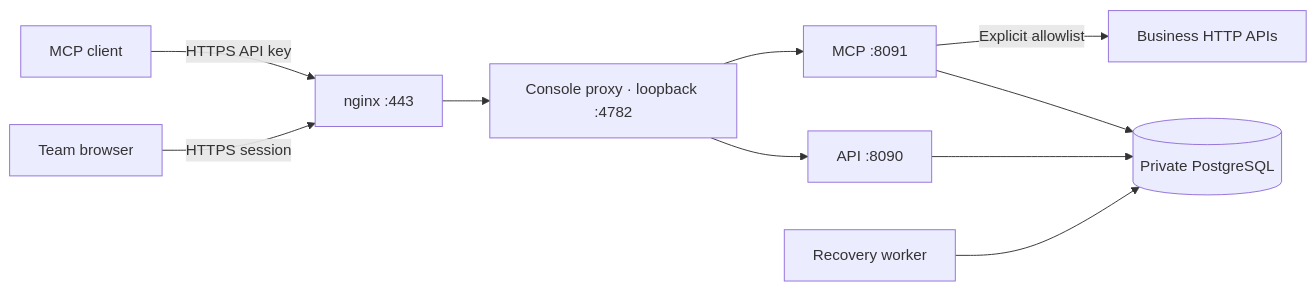
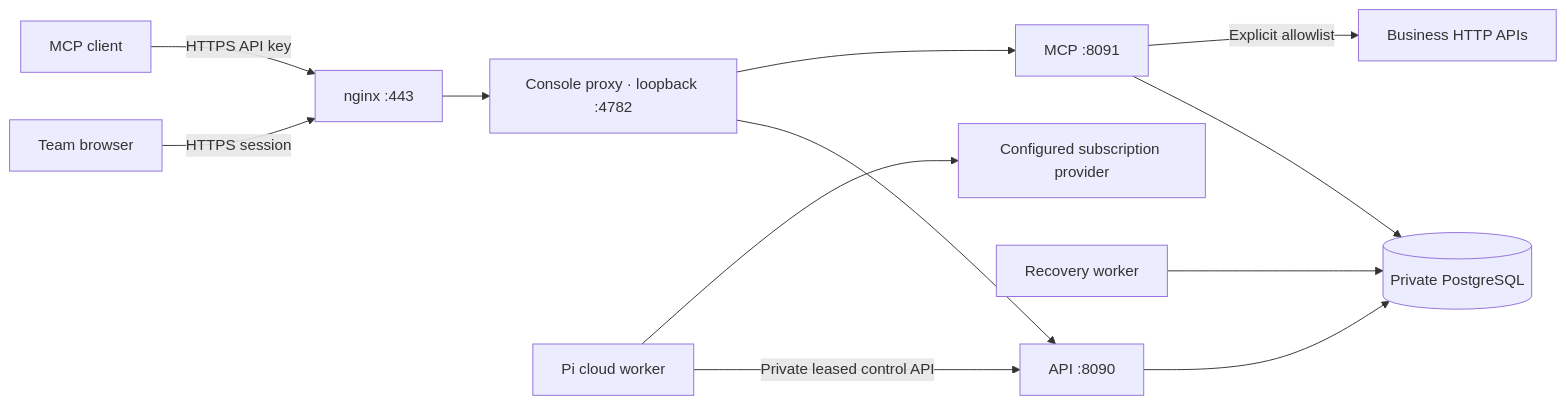
Before and after one commit to alan1-666/mcp-gateway: the diagram in docs/cloud-deployment.md, drawn with Mermaid. The commit also changed other lines of this file and 40 other files, not shown here.

Commit message:
feat: add durable cloud agent tasks with a fenced Pi worker

````diff
--- a/docs/cloud-deployment.md
+++ b/docs/cloud-deployment.md
@@ -9,12 +9,14 @@
 ```mermaid
 flowchart LR
   Browser[Team browser] -->|HTTPS session| Edge[nginx :443]
   Client[MCP client] -->|HTTPS API key| Edge
   Edge --> Console[Console proxy · loopback :4782]
   Console --> API[API :8090]
   Console --> Gateway[MCP :8091]
   API --> DB[(Private PostgreSQL)]
   Gateway --> DB
   Worker[Recovery worker] --> DB
+  Pi[Pi cloud worker] -->|Private leased control API| API
+  Pi --> Model[Configured subscription provider]
   Gateway -->|Explicit allowlist| Downstream[Business HTTP APIs]
 ```
````
